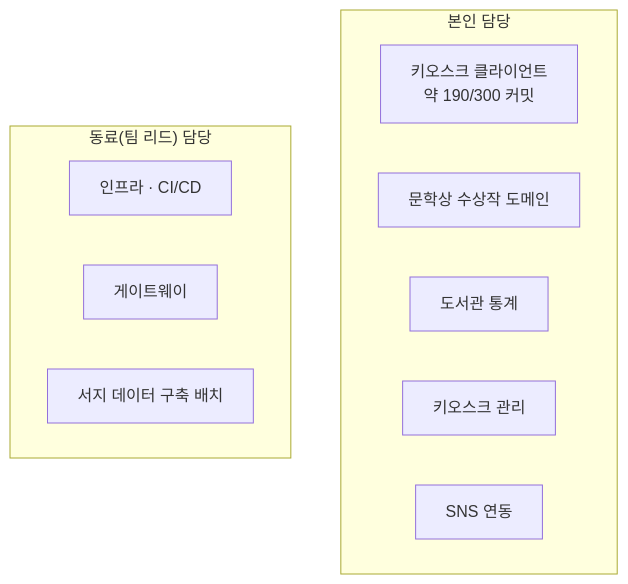
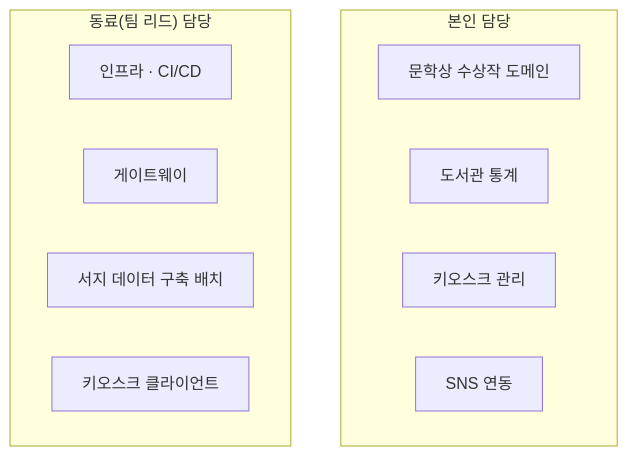
The diagram in projects/03-bookmate.md (panorama713/career-portfolio), drawn with Mermaid before and after one commit. The commit also changed other lines of this file and 2 other files, not shown here.

````diff
--- a/projects/03-bookmate.md
+++ b/projects/03-bookmate.md
@@ -6,15 +6,15 @@
 ```mermaid
 flowchart TB
     subgraph 본인담당["본인 담당"]
-        Kiosk["키오스크 클라이언트<br/>약 190/300 커밋"]
         Award["문학상 수상작 도메인"]
         Stats["도서관 통계"]
         KioskMgmt["키오스크 관리"]
         SNS["SNS 연동"]
     end
     subgraph 동료담당["동료(팀 리드) 담당"]
         Infra["인프라 · CI/CD"]
         GW["게이트웨이"]
         Biblio["서지 데이터 구축 배치"]
+        Kiosk["키오스크 클라이언트"]
     end
 ```
````
